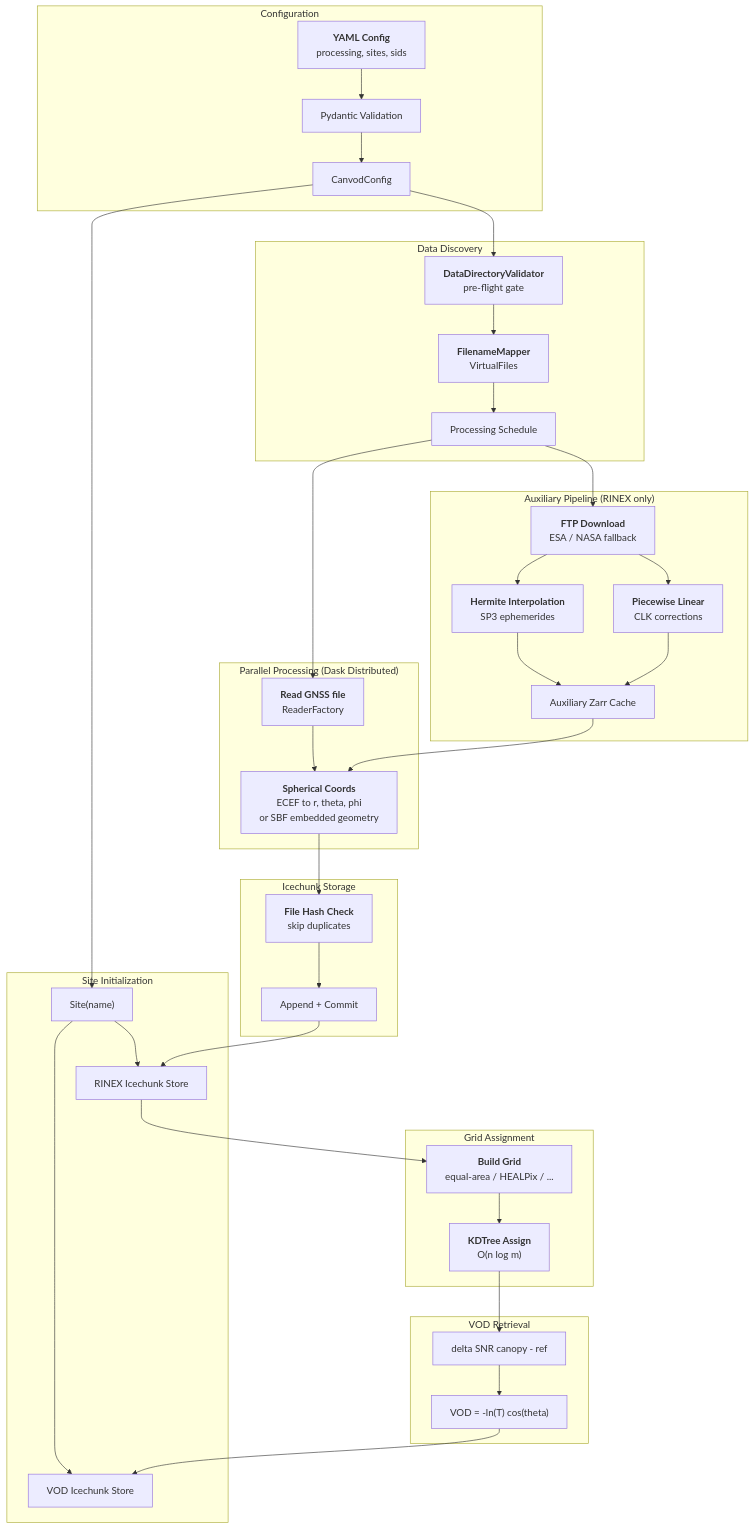
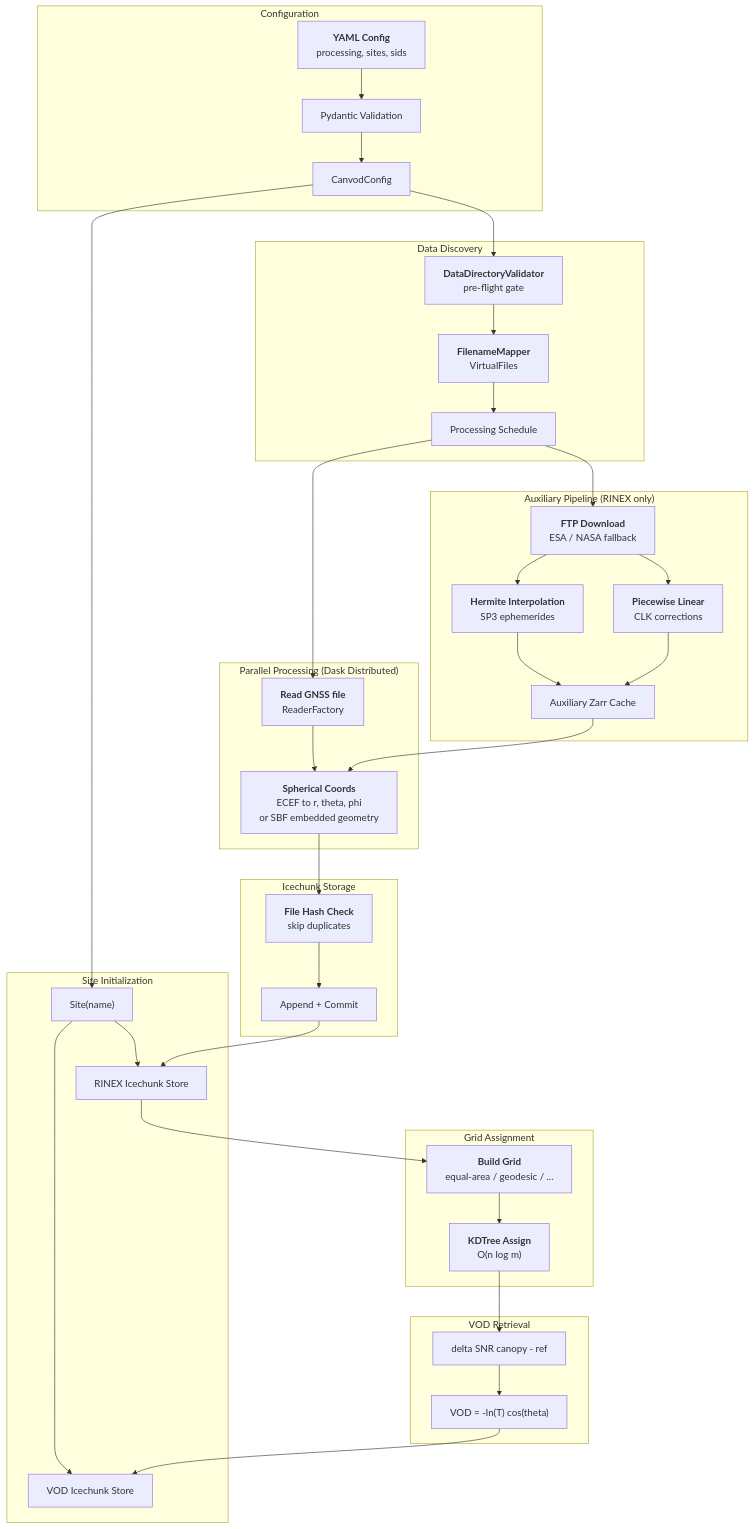
Before and after one commit to konstantinschellenberg/canvodpy: the second of 2 diagrams in docs/architecture.md, drawn with Mermaid. The commit also changed 27 other files, not shown here.

````diff
--- a/docs/architecture.md
+++ b/docs/architecture.md
@@ -177,74 +177,74 @@
 ```mermaid
 flowchart TD
     subgraph CFG["Configuration"]
         YAML["`**YAML Config**
         processing, sites, sids`"]
         PYDANTIC["Pydantic Validation"]
         CONFIG["CanvodConfig"]
     end
 
     subgraph INIT["Site Initialization"]
         SITE["Site(name)"]
         RINEX_STORE["RINEX Icechunk Store"]
         VOD_STORE["VOD Icechunk Store"]
     end
 
     subgraph DISCOVERY["Data Discovery"]
         VALIDATOR["`**DataDirectoryValidator**
         pre-flight gate`"]
         MAPPER["`**FilenameMapper**
         VirtualFiles`"]
         SCHEDULE["Processing Schedule"]
     end
 
     subgraph AUX["Auxiliary Pipeline (RINEX only)"]
         FTP["`**FTP Download**
         ESA / NASA fallback`"]
         HERMITE["`**Hermite Interpolation**
         SP3 ephemerides`"]
         LINEAR["`**Piecewise Linear**
         CLK corrections`"]
         AUX_ZARR["Auxiliary Zarr Cache"]
     end
 
     subgraph PARALLEL["Parallel Processing (Dask Distributed)"]
         READ_R["`**Read GNSS file**
         ReaderFactory`"]
         SPHERICAL["`**Spherical Coords**
         ECEF to r, theta, phi
         or SBF embedded geometry`"]
     end
 
     subgraph WRITE["Icechunk Storage"]
         HASH_CHECK["`**File Hash Check**
         skip duplicates`"]
         APPEND["Append + Commit"]
     end
 
     subgraph GRID["Grid Assignment"]
         BUILD_GRID["`**Build Grid**
-        equal-area / HEALPix / ...`"]
+        equal-area / geodesic / ...`"]
         KDTREE["`**KDTree Assign**
         O(n log m)`"]
     end
 
     subgraph VOD["VOD Retrieval"]
         DELTA["delta SNR canopy - ref"]
         TAU["VOD = -ln(T) cos(theta)"]
     end
 
     YAML --> PYDANTIC --> CONFIG --> SITE
     SITE --> RINEX_STORE & VOD_STORE
 
     CONFIG --> VALIDATOR --> MAPPER --> SCHEDULE
 
     SCHEDULE --> FTP --> HERMITE & LINEAR --> AUX_ZARR
 
     SCHEDULE --> READ_R --> SPHERICAL
     AUX_ZARR --> SPHERICAL
 
     SPHERICAL --> HASH_CHECK --> APPEND --> RINEX_STORE
 
     RINEX_STORE --> BUILD_GRID --> KDTREE --> DELTA --> TAU
     TAU --> VOD_STORE
 ```
````
